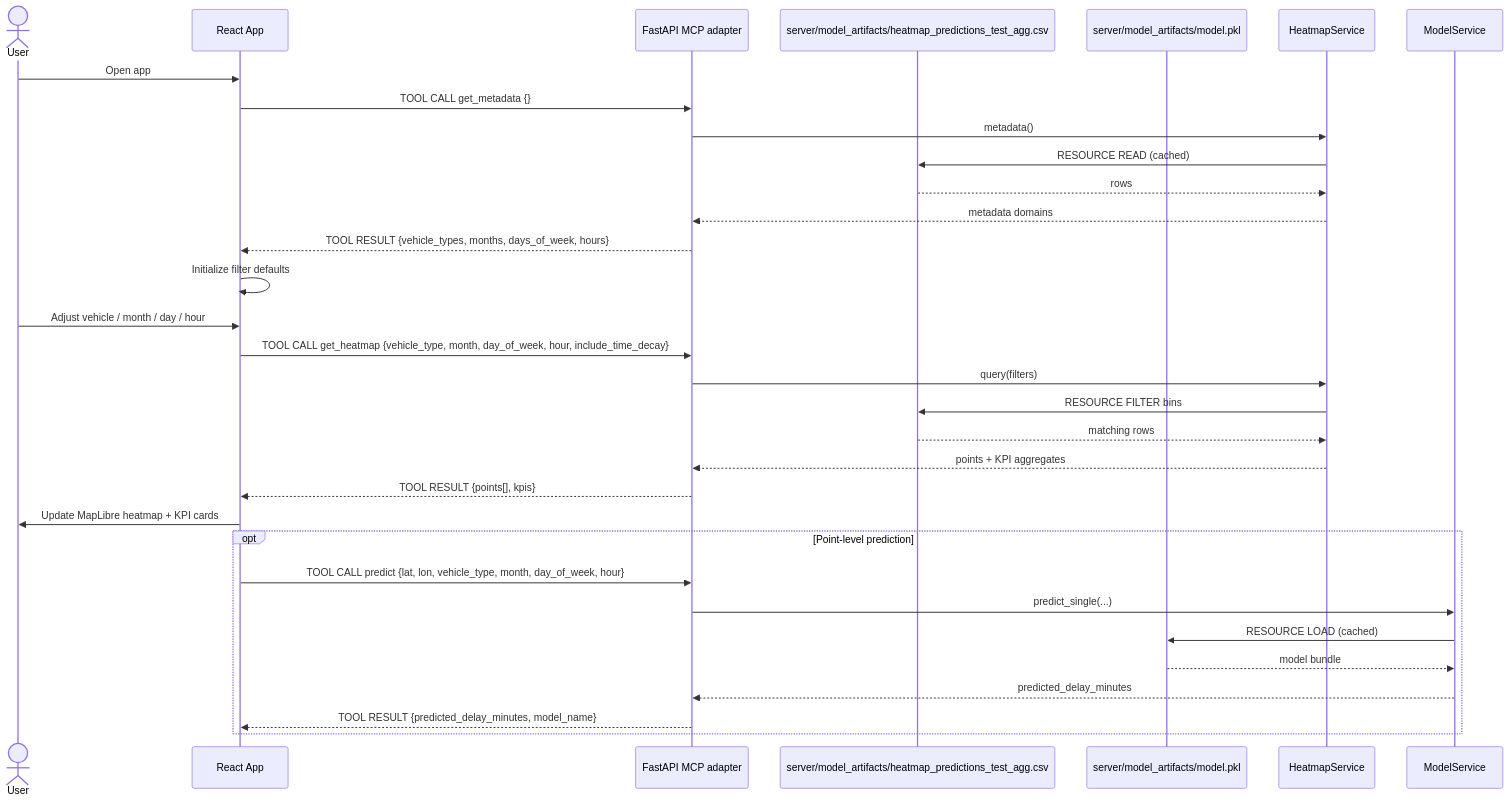
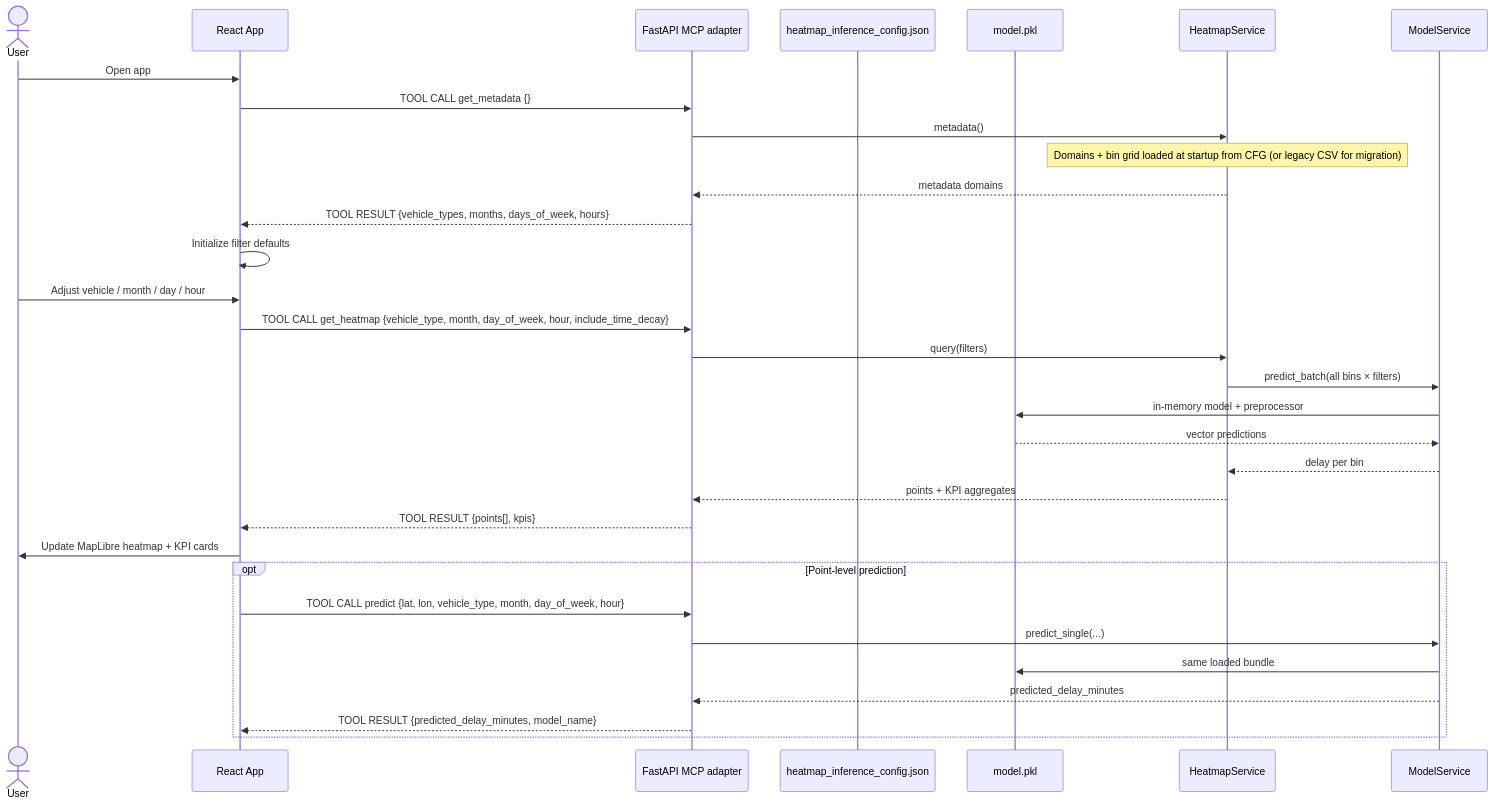
Before and after one commit to rosadigital/centennialCollege_AICapstoneProject: the second of 3 diagrams in README.md, drawn with Mermaid. The commit also changed other lines of this file and 7 other files, not shown here.

First line of the commit message:
feat(server): heatmap from model.pkl batch inference

````diff
--- a/README.md
+++ b/README.md
@@ -72,37 +73,37 @@
 ```mermaid
 sequenceDiagram
     actor User
     participant App as React App
     participant API as FastAPI MCP adapter
-    participant HFile as server/model_artifacts/heatmap_predictions_test_agg.csv
-    participant MFile as server/model_artifacts/model.pkl
+    participant CFG as heatmap_inference_config.json
+    participant MFile as model.pkl
     participant HSvc as HeatmapService
     participant MSvc as ModelService
 
     User->>App: Open app
     App->>API: TOOL CALL get_metadata {}
     API->>HSvc: metadata()
-    HSvc->>HFile: RESOURCE READ (cached)
-    HFile-->>HSvc: rows
+    Note over HSvc: Domains + bin grid loaded at startup from CFG (or legacy CSV for migration)
     HSvc-->>API: metadata domains
     API-->>App: TOOL RESULT {vehicle_types, months, days_of_week, hours}
     App->>App: Initialize filter defaults
 
     User->>App: Adjust vehicle / month / day / hour
     App->>API: TOOL CALL get_heatmap {vehicle_type, month, day_of_week, hour, include_time_decay}
     API->>HSvc: query(filters)
-    HSvc->>HFile: RESOURCE FILTER bins
-    HFile-->>HSvc: matching rows
+    HSvc->>MSvc: predict_batch(all bins × filters)
+    MSvc->>MFile: in-memory model + preprocessor
+    MFile-->>MSvc: vector predictions
+    MSvc-->>HSvc: delay per bin
     HSvc-->>API: points + KPI aggregates
     API-->>App: TOOL RESULT {points[], kpis}
     App->>User: Update MapLibre heatmap + KPI cards
 
     opt Point-level prediction
         App->>API: TOOL CALL predict {lat, lon, vehicle_type, month, day_of_week, hour}
         API->>MSvc: predict_single(...)
-        MSvc->>MFile: RESOURCE LOAD (cached)
-        MFile-->>MSvc: model bundle
+        MSvc->>MFile: same loaded bundle
         MSvc-->>API: predicted_delay_minutes
         API-->>App: TOOL RESULT {predicted_delay_minutes, model_name}
     end
 ```
````
